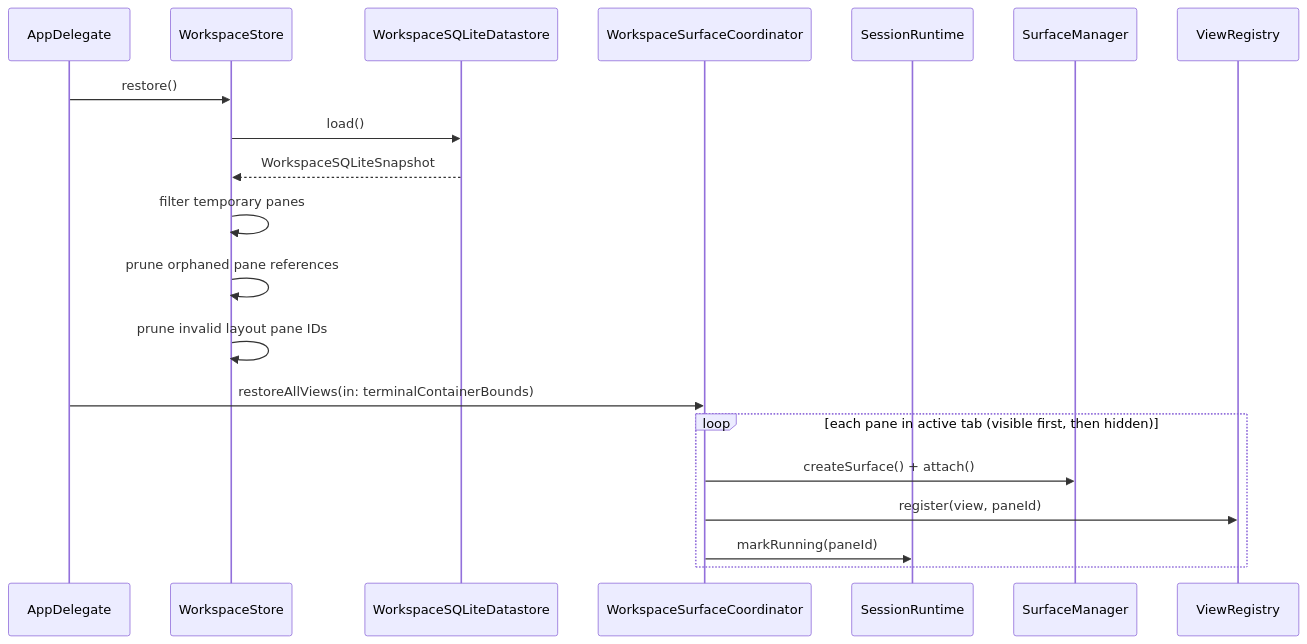
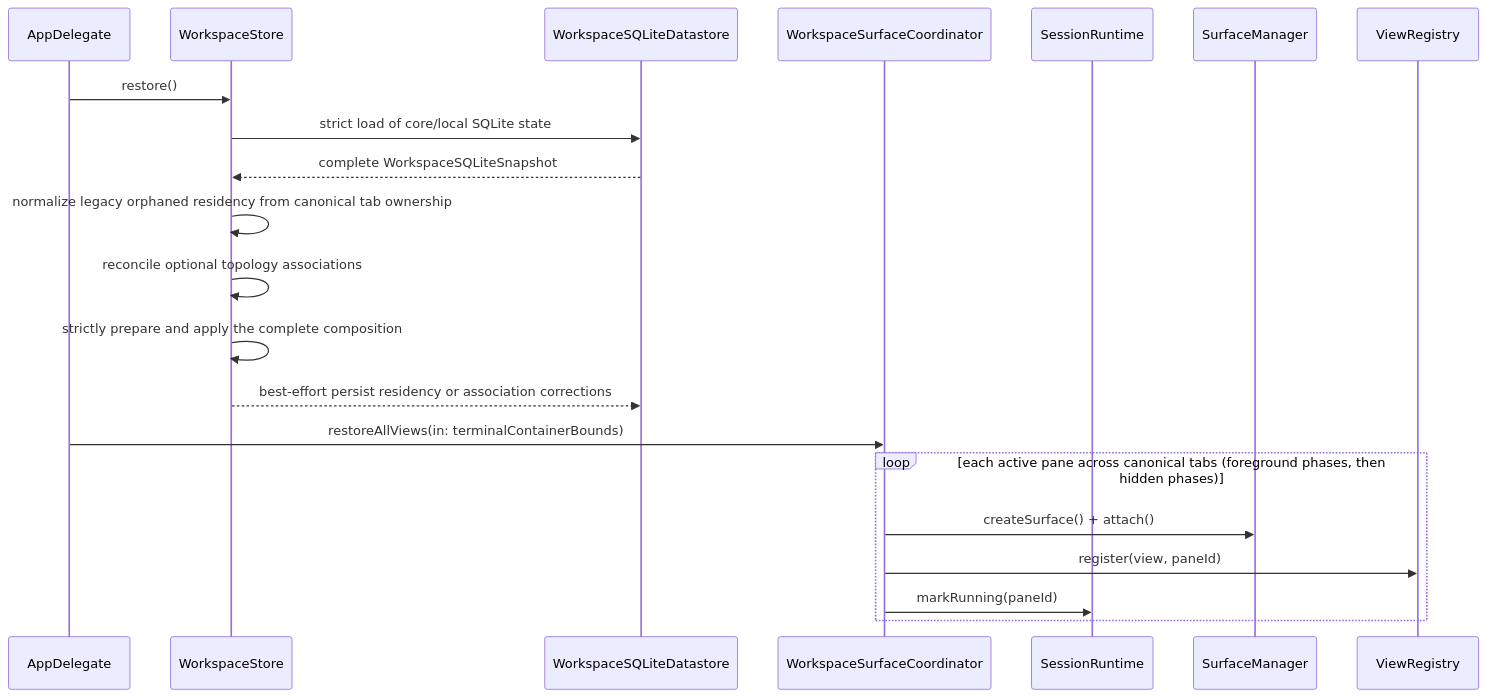
The third of 3 diagrams in docs/architecture/structure/component_architecture.md (ShravanSunder/agentstudio), drawn with Mermaid before and after one commit. The commit also changed other lines of this file and 46 other files, not shown here.

````diff
--- a/docs/architecture/structure/component_architecture.md
+++ b/docs/architecture/structure/component_architecture.md
@@ -889,24 +889,25 @@
 ```mermaid
 sequenceDiagram
     participant AD as AppDelegate
     participant Store as WorkspaceStore
     participant DB as WorkspaceSQLiteDatastore
     participant Coord as WorkspaceSurfaceCoordinator
     participant RT as SessionRuntime
     participant SM as SurfaceManager
     participant VR as ViewRegistry
 
     AD->>Store: restore()
-    Store->>DB: load()
-    DB-->>Store: WorkspaceSQLiteSnapshot
-    Store->>Store: filter temporary panes
-    Store->>Store: prune orphaned pane references
-    Store->>Store: prune invalid layout pane IDs
+    Store->>DB: strict load of core/local SQLite state
+    DB-->>Store: complete WorkspaceSQLiteSnapshot
+    Store->>Store: normalize legacy orphaned residency from canonical tab ownership
+    Store->>Store: reconcile optional topology associations
+    Store->>Store: strictly prepare and apply the complete composition
+    Store-->>DB: best-effort persist residency or association corrections
 
     AD->>Coord: restoreAllViews(in: terminalContainerBounds)
-    loop each pane in active tab (visible first, then hidden)
+    loop each active pane across canonical tabs (foreground phases, then hidden phases)
         Coord->>SM: createSurface() + attach()
         Coord->>VR: register(view, paneId)
         Coord->>RT: markRunning(paneId)
     end
 ```
````
